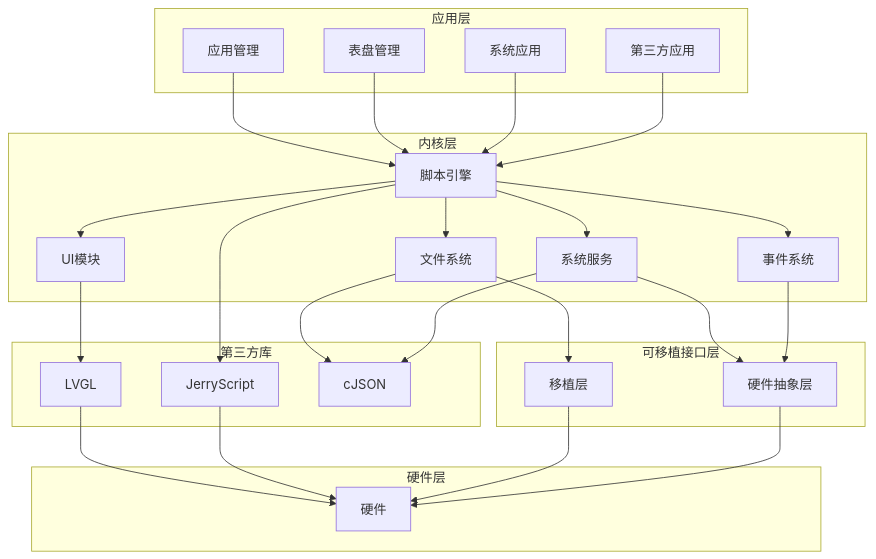
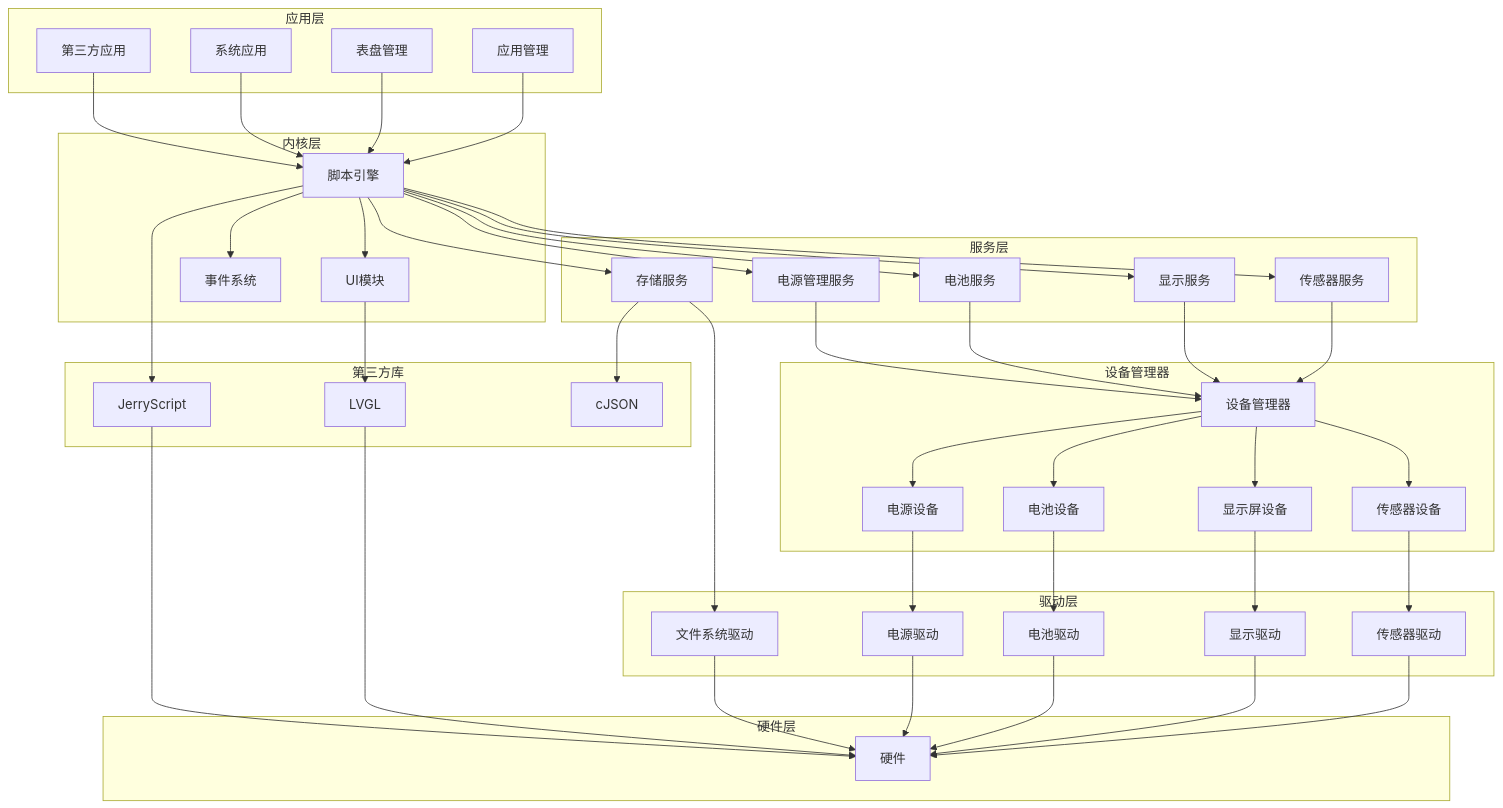
One commit to fossabot/ElenixOS-Docs changed the second of 4 diagrams in docs/architecture/arch.mdx. Above: the diagram before and after it, drawn with Mermaid. The commit also changed other lines of this file and 92 other files, not shown here.

````diff
--- a/docs/architecture/arch.mdx
+++ b/docs/architecture/arch.mdx
@@ -97,14 +123,31 @@
     subgraph 内核层
         ScriptEngine["脚本引擎"]
         UIModule["UI模块"]
-        SystemServices["系统服务"]
-        FileSystem["文件系统"]
         EventSystem["事件系统"]
     end
 
-    subgraph 可移植接口层
-        PortLayer["移植层"]
-        HAL["硬件抽象层"]
+    subgraph 服务层
+        SensorService["传感器服务"]
+        DisplayService["显示服务"]
+        BatteryService["电池服务"]
+        PMService["电源管理服务"]
+        StorageService["存储服务"]
+    end
+
+    subgraph 设备管理器
+        DeviceManager["设备管理器"]
+        SensorDevice["传感器设备"]
+        DisplayDevice["显示屏设备"]
+        BatteryDevice["电池设备"]
+        PowerDevice["电源设备"]
+    end
+
+    subgraph 驱动层
+        SensorDriver["传感器驱动"]
+        DisplayDriver["显示驱动"]
+        BatteryDriver["电池驱动"]
+        PowerDriver["电源驱动"]
+        FileSystemDriver["文件系统驱动"]
     end
 
     subgraph 硬件层
@@ -123,21 +166,39 @@
     ThirdPartyApp --> ScriptEngine
 
     ScriptEngine --> UIModule
-    ScriptEngine --> SystemServices
-    ScriptEngine --> FileSystem
+    ScriptEngine --> SensorService
+    ScriptEngine --> DisplayService
+    ScriptEngine --> BatteryService
+    ScriptEngine --> PMService
+    ScriptEngine --> StorageService
     ScriptEngine --> EventSystem
 
     UIModule --> LVGL
-    SystemServices --> HAL
-    FileSystem --> PortLayer
-    EventSystem --> HAL
+    SensorService --> DeviceManager
+    DisplayService --> DeviceManager
+    BatteryService --> DeviceManager
+    PMService --> DeviceManager
+    StorageService --> FileSystemDriver
+
+    DeviceManager --> SensorDevice
+    DeviceManager --> DisplayDevice
+    DeviceManager --> BatteryDevice
+    DeviceManager --> PowerDevice
+
+    SensorDevice --> SensorDriver
+    DisplayDevice --> DisplayDriver
+    BatteryDevice --> BatteryDriver
+    PowerDevice --> PowerDriver
+
+    SensorDriver --> Hardware
+    DisplayDriver --> Hardware
+    BatteryDriver --> Hardware
+    PowerDriver --> Hardware
+    FileSystemDriver --> Hardware
+
+    ScriptEngine --> JerryScript
+    StorageService --> CJSON
 
     LVGL --> Hardware
     JerryScript --> Hardware
-    PortLayer --> Hardware
-    HAL --> Hardware
-
-    ScriptEngine --> JerryScript
-    FileSystem --> CJSON
-    SystemServices --> CJSON
 ```
````
